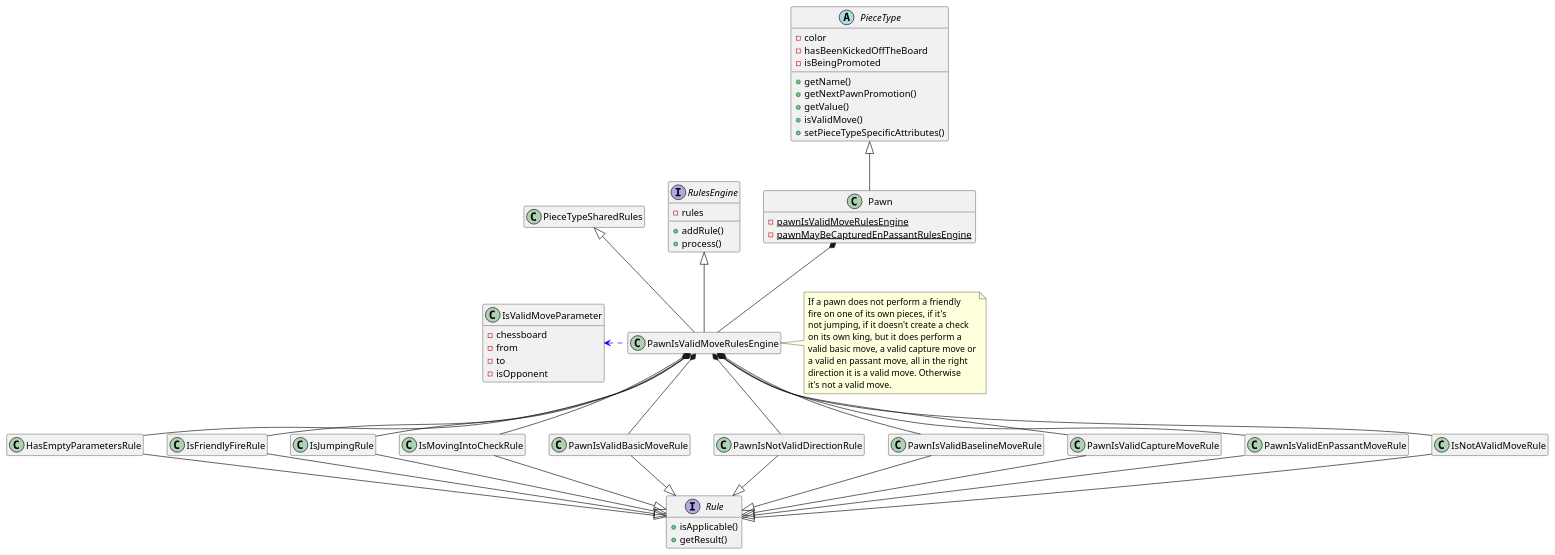
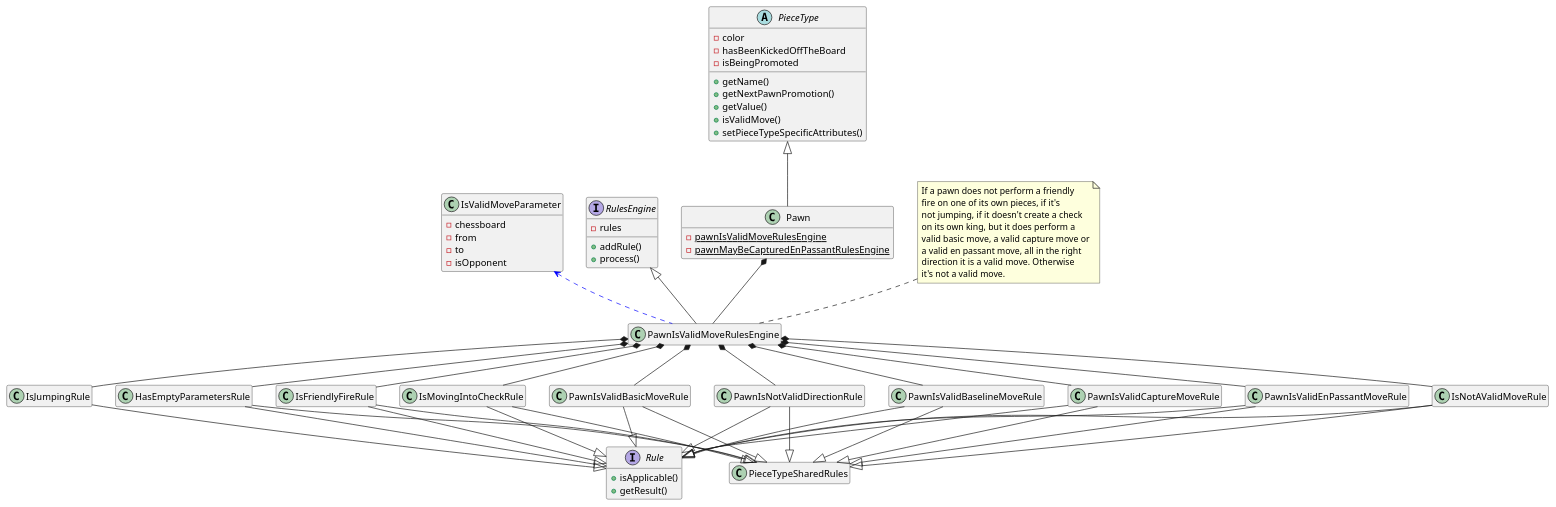
Before and after one commit to tiktaalick/chess-with-database: the diagram in game/src/main/resources/uml/pawnIsValidMove.puml, drawn with PlantUML. The commit also changed 6 other files, not shown here.

Commit message:
Small changes to the class diagrams.

```diff
--- a/game/src/main/resources/uml/pawnIsValidMove.puml
+++ b/game/src/main/resources/uml/pawnIsValidMove.puml
@@ -1,90 +1,99 @@
 @startuml
 
 '--------------'
 'Hidden members'
 '--------------'
 hide empty members
 
 '----'
 'Move'
 '----'
 abstract class PieceType {
     - color
     - hasBeenKickedOffTheBoard
     - isBeingPromoted
     + getName()
     + getNextPawnPromotion()
     + getValue()
     + isValidMove()
     + setPieceTypeSpecificAttributes()
 }
 
 class Pawn {
     - {static} pawnIsValidMoveRulesEngine
     - {static} pawnMayBeCapturedEnPassantRulesEngine
 }
 
 class IsValidMoveParameter {
     - chessboard
     - from
     - to
     - isOpponent
 }
 
 interface RulesEngine {
     - rules
     + addRule()
     + process()
 }
 
 interface Rule {
     + isApplicable()
     + getResult()
 }
 
 '---------'
 'Relations'
 '---------'
-PieceType <|-down- Pawn
-Pawn *-down- PawnIsValidMoveRulesEngine
+PieceType <|-- Pawn
+Pawn *-- PawnIsValidMoveRulesEngine
 PawnIsValidMoveRulesEngine -up-|> RulesEngine
-PawnIsValidMoveRulesEngine -up-|> PieceTypeSharedRules
-PawnIsValidMoveRulesEngine .left[#blue].> IsValidMoveParameter
+PawnIsValidMoveRulesEngine .up[#blue].> IsValidMoveParameter
 
 HasEmptyParametersRule -up-* PawnIsValidMoveRulesEngine
 IsFriendlyFireRule -up-* PawnIsValidMoveRulesEngine
 IsJumpingRule -up-* PawnIsValidMoveRulesEngine
 IsMovingIntoCheckRule -up-* PawnIsValidMoveRulesEngine
 PawnIsValidBasicMoveRule -up-* PawnIsValidMoveRulesEngine
 PawnIsNotValidDirectionRule -up-* PawnIsValidMoveRulesEngine
 PawnIsValidBaselineMoveRule -up-* PawnIsValidMoveRulesEngine
 PawnIsValidCaptureMoveRule -up-* PawnIsValidMoveRulesEngine
 PawnIsValidEnPassantMoveRule -up-* PawnIsValidMoveRulesEngine
 IsNotAValidMoveRule -up-* PawnIsValidMoveRulesEngine
 
 HasEmptyParametersRule -down-|> Rule
 IsFriendlyFireRule -down-|> Rule
 IsJumpingRule -down-|> Rule
 IsMovingIntoCheckRule -down-|> Rule
 PawnIsValidBasicMoveRule -down-|> Rule
 PawnIsNotValidDirectionRule -down-|> Rule
 PawnIsValidBaselineMoveRule -down-|> Rule
 PawnIsValidCaptureMoveRule -down-|> Rule
 PawnIsValidEnPassantMoveRule -down-|> Rule
 IsNotAValidMoveRule -down-|> Rule
 
+HasEmptyParametersRule -down-|> PieceTypeSharedRules
+IsFriendlyFireRule -down-|> PieceTypeSharedRules
+IsMovingIntoCheckRule -down-|> PieceTypeSharedRules
+PawnIsValidBasicMoveRule -down-|> PieceTypeSharedRules
+PawnIsNotValidDirectionRule -down-|> PieceTypeSharedRules
+PawnIsValidBaselineMoveRule -down-|> PieceTypeSharedRules
+PawnIsValidCaptureMoveRule -down-|> PieceTypeSharedRules
+PawnIsValidEnPassantMoveRule -down-|> PieceTypeSharedRules
+IsNotAValidMoveRule -down-|> PieceTypeSharedRules
+
 '-----'
 'Notes'
 '-----'
-note right of PawnIsValidMoveRulesEngine {
+note top of PawnIsValidMoveRulesEngine {
     If a pawn does not perform a friendly
     fire on one of its own pieces, if it's
     not jumping, if it doesn't create a check
     on its own king, but it does perform a
     valid basic move, a valid capture move or
     a valid en passant move, all in the right
     direction it is a valid move. Otherwise
     it's not a valid move.
 }
 
 @enduml
```
